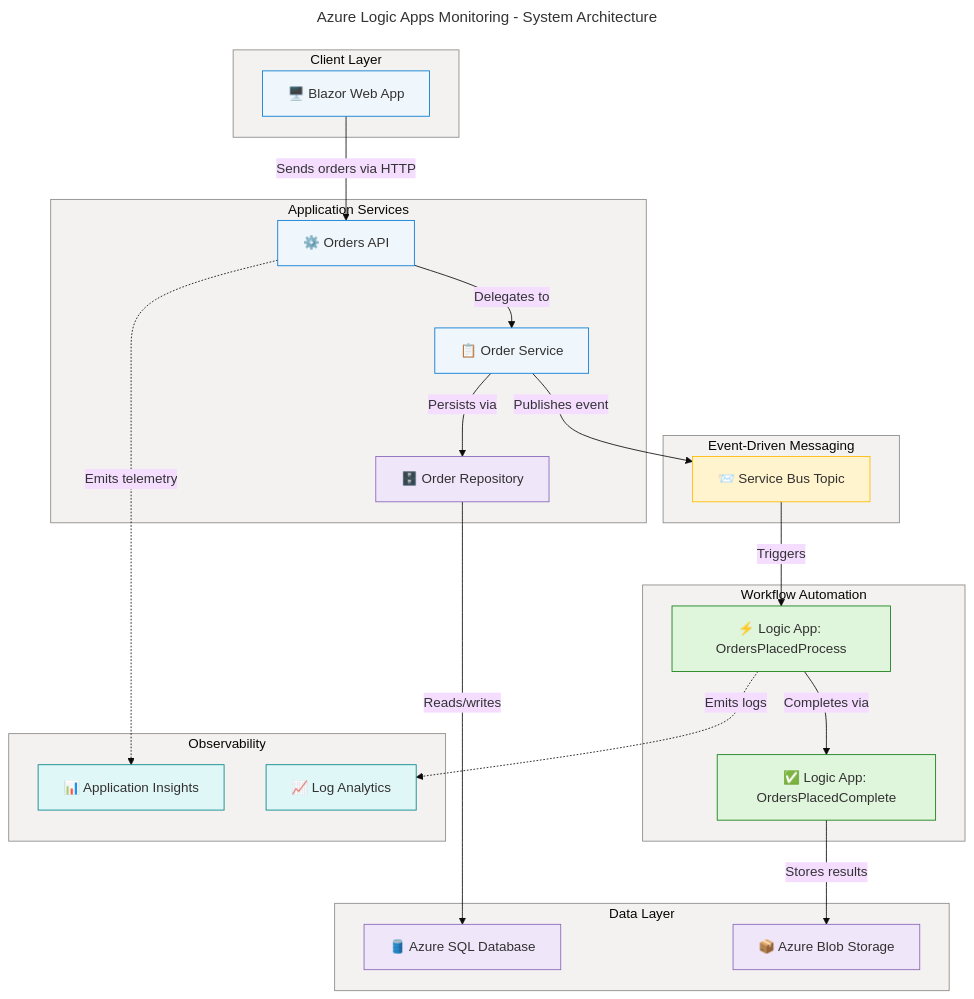
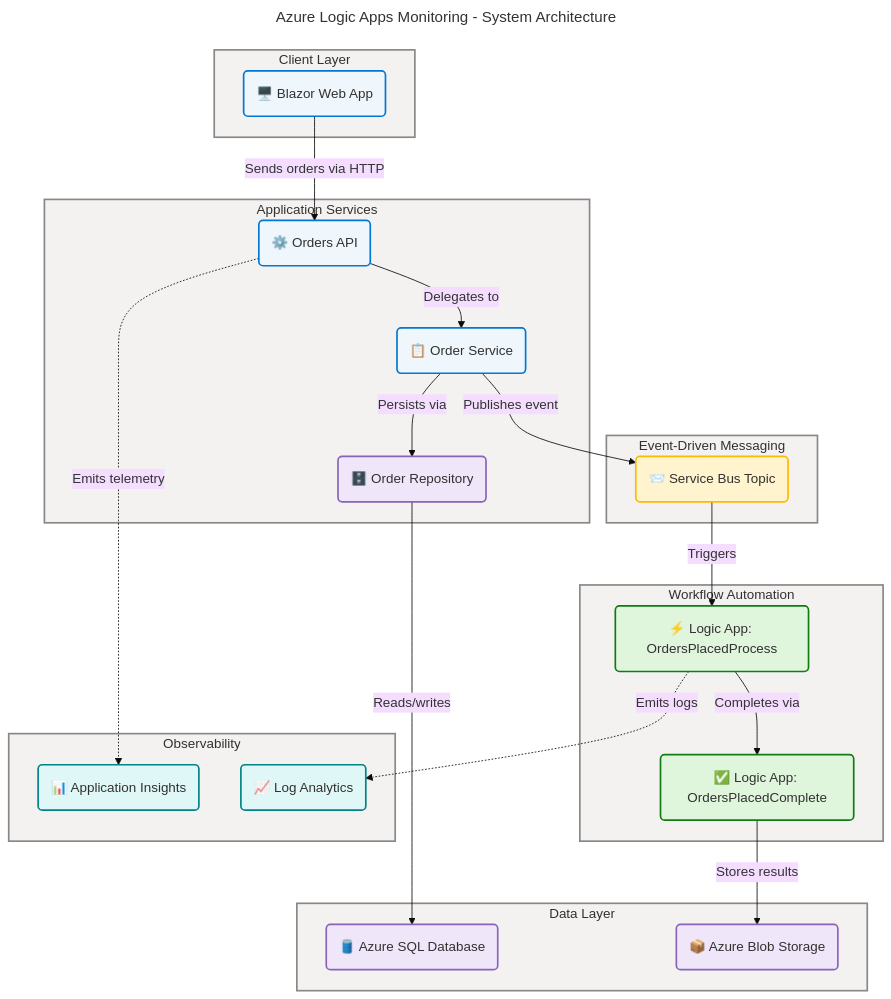
Before and after one commit to Evilazaro/Azure-LogicApps-Monitoring: the diagram in README.md, drawn with Mermaid.

Commit message:
Refactor flowchart in README.md for improved clarity and consistency in styling

````diff
--- a/README.md
+++ b/README.md
@@ -41,78 +41,82 @@
 ```mermaid
 ---
 title: "Azure Logic Apps Monitoring - System Architecture"
 config:
   theme: base
   look: classic
   layout: dagre
+  themeVariables:
+    fontSize: '16px'
   flowchart:
     htmlLabels: true
 ---
 flowchart TB
     accTitle: Azure Logic Apps Monitoring Architecture
     accDescr: Distributed microservices architecture showing the Blazor frontend, Orders API, Azure Service Bus messaging, Logic Apps workflow processing, and data storage components.
 
     %% ═══════════════════════════════════════════════════════════════════════════
     %% AZURE / FLUENT ARCHITECTURE PATTERN v1.1
     %% (Semantic + Structural + Font + Accessibility Governance)
     %% ═══════════════════════════════════════════════════════════════════════════
     %% PHASE 1 - FLUENT UI: All styling uses approved Fluent UI palette only
     %% PHASE 2 - GROUPS: Every subgraph has semantic color via style directive
     %% PHASE 3 - COMPONENTS: Every node has semantic classDef + icon prefix
     %% PHASE 4 - ACCESSIBILITY: accTitle/accDescr present, WCAG AA contrast
     %% PHASE 5 - STANDARD: Governance block present, classDefs centralized
     %% ═══════════════════════════════════════════════════════════════════════════
 
-    classDef neutral fill:#FAFAFA,stroke:#8A8886,color:#323130
-    classDef core fill:#EFF6FC,stroke:#0078D4,color:#323130
-    classDef success fill:#DFF6DD,stroke:#107C10,color:#323130
-    classDef warning fill:#FFF4CE,stroke:#FFB900,color:#323130
-    classDef data fill:#F0E6FA,stroke:#8764B8,color:#323130
-    classDef external fill:#E0F7F7,stroke:#038387,color:#323130
-
     subgraph Clients["Client Layer"]
-        A["🖥️ Blazor Web App"]:::core
+        A("🖥️ Blazor Web App"):::core
     end
-    style Clients fill:#F3F2F1,stroke:#8A8886
 
     subgraph Services["Application Services"]
-        B["⚙️ Orders API"]:::core
-        C["📋 Order Service"]:::core
-        D["🗄️ Order Repository"]:::data
+        B("⚙️ Orders API"):::core
+        C("📋 Order Service"):::core
+        D("🗄️ Order Repository"):::data
     end
-    style Services fill:#F3F2F1,stroke:#8A8886
 
     subgraph Messaging["Event-Driven Messaging"]
-        E["📨 Service Bus Topic"]:::warning
+        E("📨 Service Bus Topic"):::warning
     end
-    style Messaging fill:#F3F2F1,stroke:#8A8886
 
     subgraph Workflows["Workflow Automation"]
-        F["⚡ Logic App: OrdersPlacedProcess"]:::success
-        G["✅ Logic App: OrdersPlacedComplete"]:::success
+        F("⚡ Logic App: OrdersPlacedProcess"):::success
+        G("✅ Logic App: OrdersPlacedComplete"):::success
     end
-    style Workflows fill:#F3F2F1,stroke:#8A8886
 
     subgraph DataStores["Data Layer"]
-        H["🛢️ Azure SQL Database"]:::data
-        I["📦 Azure Blob Storage"]:::data
+        H("🛢️ Azure SQL Database"):::data
+        I("📦 Azure Blob Storage"):::data
     end
-    style DataStores fill:#F3F2F1,stroke:#8A8886
 
     subgraph Observability["Observability"]
-        J["📊 Application Insights"]:::external
-        K["📈 Log Analytics"]:::external
+        J("📊 Application Insights"):::external
+        K("📈 Log Analytics"):::external
     end
-    style Observability fill:#F3F2F1,stroke:#8A8886
 
     A -->|"Sends orders via HTTP"| B
     B -->|"Delegates to"| C
     C -->|"Persists via"| D
     D -->|"Reads/writes"| H
     C -->|"Publishes event"| E
     E -->|"Triggers"| F
     F -->|"Completes via"| G
     G -->|"Stores results"| I
     B -.->|"Emits telemetry"| J
     F -.->|"Emits logs"| K
+
+    %% Centralized classDefs
+    classDef core fill:#EFF6FC,stroke:#0078D4,stroke-width:2px,color:#323130
+    classDef success fill:#DFF6DD,stroke:#107C10,stroke-width:2px,color:#323130
+    classDef warning fill:#FFF4CE,stroke:#FFB900,stroke-width:2px,color:#323130
+    classDef data fill:#F0E6FA,stroke:#8764B8,stroke-width:2px,color:#323130
+    classDef external fill:#E0F7F7,stroke:#038387,stroke-width:2px,color:#323130
+
+    %% Subgraph styling (6 subgraphs = 6 style directives)
+    style Clients fill:#F3F2F1,stroke:#8A8886,stroke-width:2px,color:#323130
+    style Services fill:#F3F2F1,stroke:#8A8886,stroke-width:2px,color:#323130
+    style Messaging fill:#F3F2F1,stroke:#8A8886,stroke-width:2px,color:#323130
+    style Workflows fill:#F3F2F1,stroke:#8A8886,stroke-width:2px,color:#323130
+    style DataStores fill:#F3F2F1,stroke:#8A8886,stroke-width:2px,color:#323130
+    style Observability fill:#F3F2F1,stroke:#8A8886,stroke-width:2px,color:#323130
 ```
````
